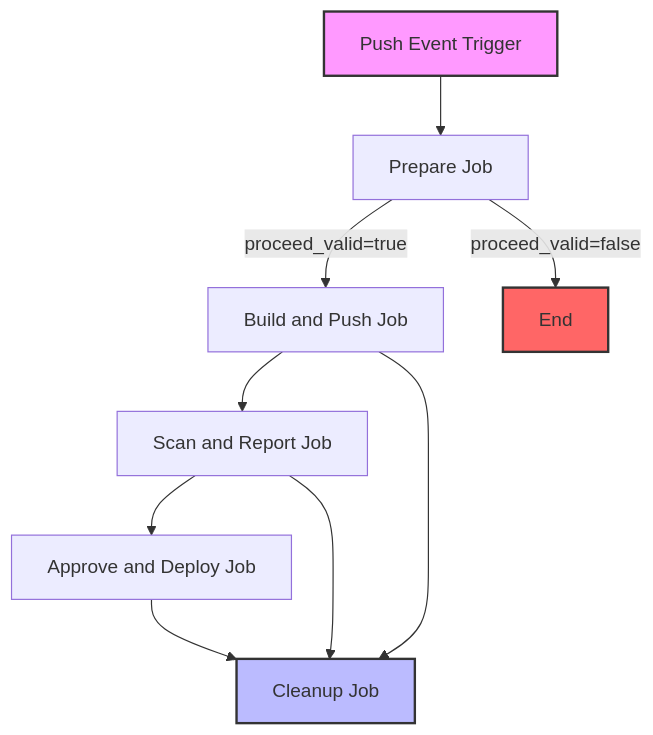
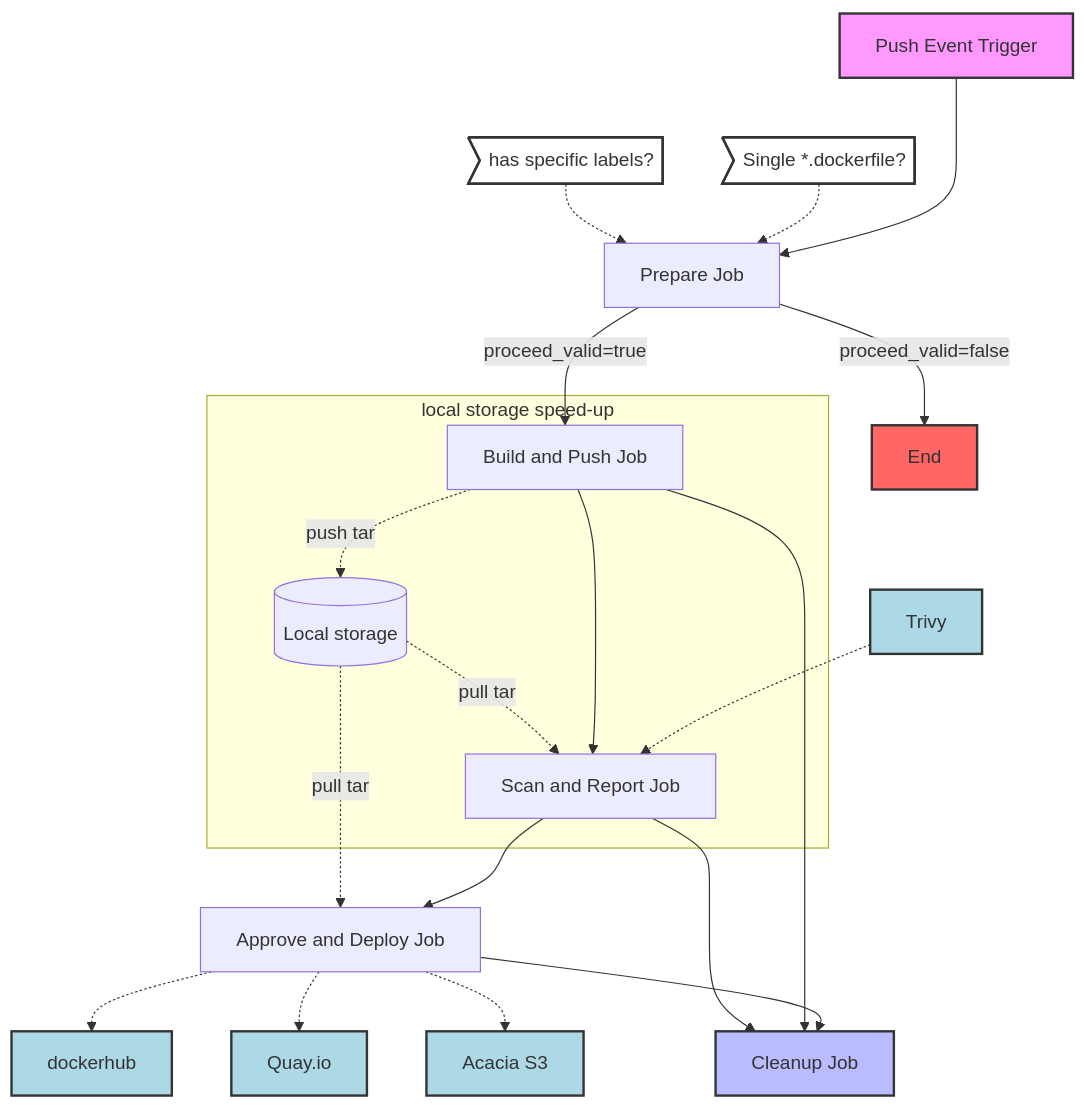
One commit to Quleaf/TestAction changed the diagram in .github/workflows/Reame.md. Above: the diagram before and after it, drawn with Mermaid. The commit also changed 1 other file, not shown here.

````diff
--- a/.github/workflows/Reame.md
+++ b/.github/workflows/Reame.md
@@ -6,22 +6,41 @@
 ```mermaid
 graph TD
-    A[Push Event Trigger] --> B[Prepare Job]
+    A[Push Event Trigger] ---> B[Prepare Job]
     
+    B1>Single *.dockerfile?] -.-> B
+    B2>has specific labels? ] -.-> B
     B -->|proceed_valid=true| C[Build and Push Job]
     B -->|proceed_valid=false| F[End]
     
+    C1[Trivy] -.->D[Build and Push Job]
     C --> D[Scan and Report Job]
+   
     
     D --> E[Approve and Deploy Job]
-    
+     C3-.->|pull tar|E
+    E -.->H[dockerhub]
+    E -.->I[Quay.io]
+    E -.->J[Acacia S3]
+
     E --> G[Cleanup Job]
     
     C --> G
     D --> G    
 
+    subgraph local storage speed-up
+        C[Build and Push Job] -.-> |push tar|C3[(Local storage)]
+        C3-.->|pull tar|D[Scan and Report Job]
+
+    end
     
     %% Styling for clarity
     style A fill:#f9f,stroke:#333,stroke-width:2px
     style F fill:#f66,stroke:#333,stroke-width:2px
     style G fill:#bbf,stroke:#333,stroke-width:2px
+    style B1 fill:#fff,stroke:#333,stroke-width:2px
+    style B2 fill:#fff,stroke:#333,stroke-width:2px
+    style C1 fill:#add8e6,stroke:#333,stroke-width:2px
+    style H fill:#add8e6,stroke:#333,stroke-width:2px
+    style I fill:#add8e6,stroke:#333,stroke-width:2px
+    style J fill:#add8e6,stroke:#333,stroke-width:2px
 ```
````
